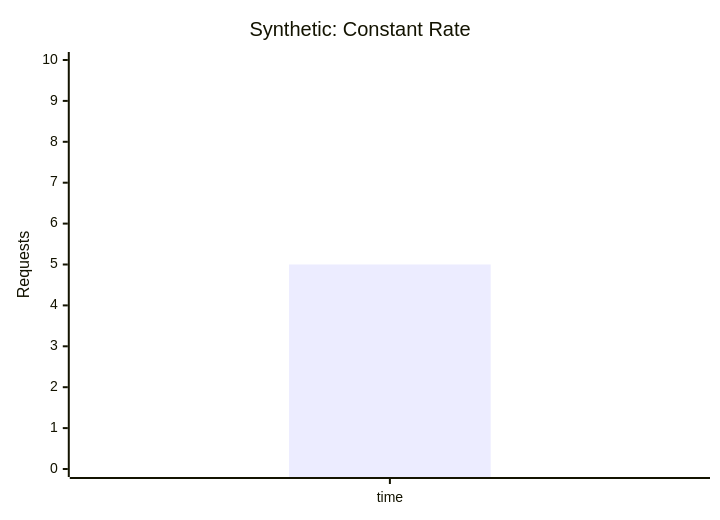
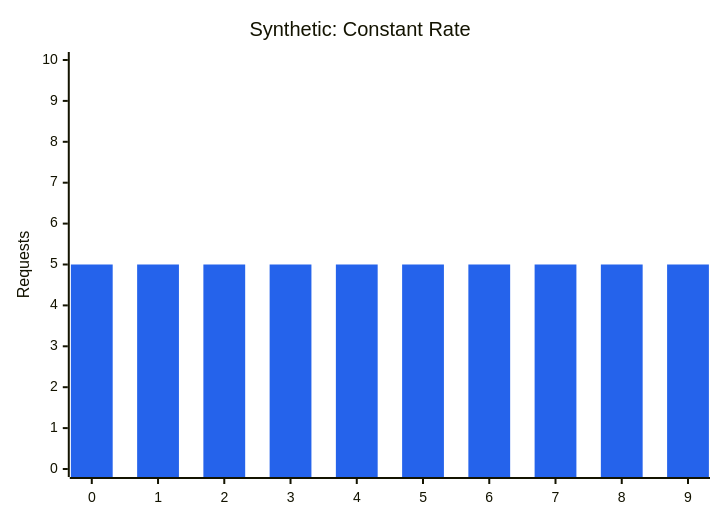
The second of 50 diagrams in lab0.4/README.md (Shahriarin2garden/vllm_from_scratch), drawn with Mermaid before and after one commit. The commit also changed other lines of this file, not shown here.

Commit message:
Update x-axis labels and improve diagram configurations in README.md for better clarity

````diff
--- a/lab0.4/README.md
+++ b/lab0.4/README.md
@@ -134,7 +134,13 @@
 ```mermaid
+---
+config:
+  themeVariables:
+    xyChart:
+      plotColorPalette: "#2563eb"
+---
 xychart-beta
     title "Synthetic: Constant Rate"
-    x-axis ["time"]
+    x-axis [0, 1, 2, 3, 4, 5, 6, 7, 8, 9]
     y-axis "Requests" 0 --> 10
     bar [5,5,5,5,5,5,5,5,5,5]
 ```
````
